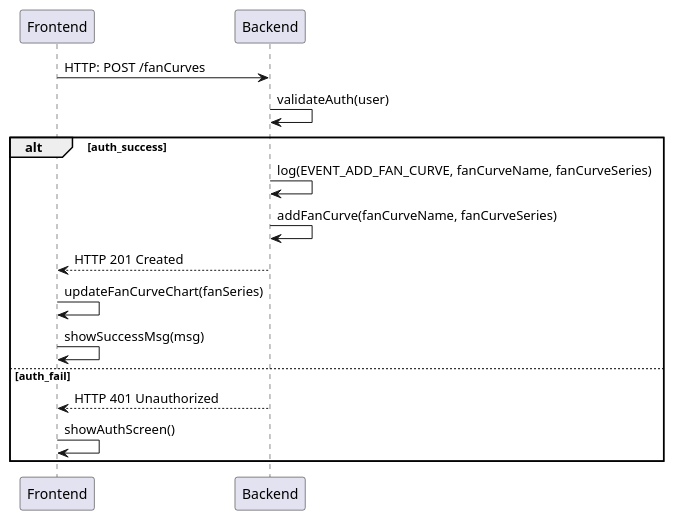
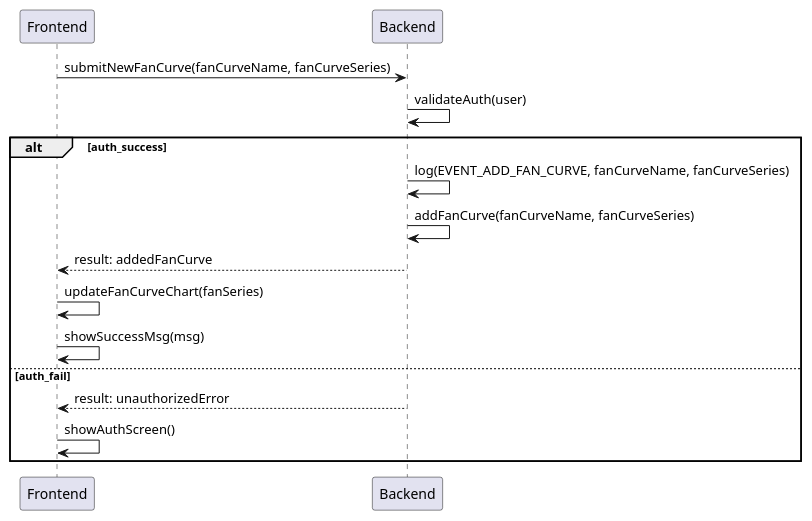
The second of 6 diagrams in docs/wsi/homework/doc/presentation.adoc (therealthingy/rpi-pwm), drawn with PlantUML before and after one commit. The commit also changed other lines of this file, not shown here.

```diff
--- a/docs/wsi/homework/doc/presentation.adoc
+++ b/docs/wsi/homework/doc/presentation.adoc
@@ -67,20 +75,20 @@
 [plantuml, generated-diagrams/diagram-rpifc_seq_add_fan_curve, png]
 -----
 @startuml
-Frontend -> Backend: HTTP: POST /fanCurves
+Frontend -> Backend: submitNewFanCurve(fanCurveName, fanCurveSeries)
 
 Backend -> Backend: validateAuth(user)
 alt auth_success
   Backend -> Backend: log(EVENT_ADD_FAN_CURVE, fanCurveName, fanCurveSeries)
   Backend -> Backend: addFanCurve(fanCurveName, fanCurveSeries)
 
-  Frontend <-- Backend: HTTP 201 Created
+  Frontend <-- Backend: result: addedFanCurve
 
   Frontend -> Frontend: updateFanCurveChart(fanSeries)
   Frontend -> Frontend: showSuccessMsg(msg)
 else auth_fail
-  Frontend <-- Backend: HTTP 401 Unauthorized
+  Frontend <-- Backend: result: unauthorizedError
   Frontend -> Frontend: showAuthScreen()
 end
 @enduml
 -----
```
